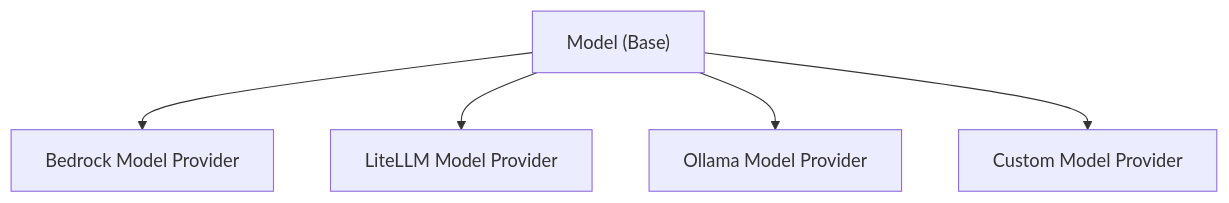
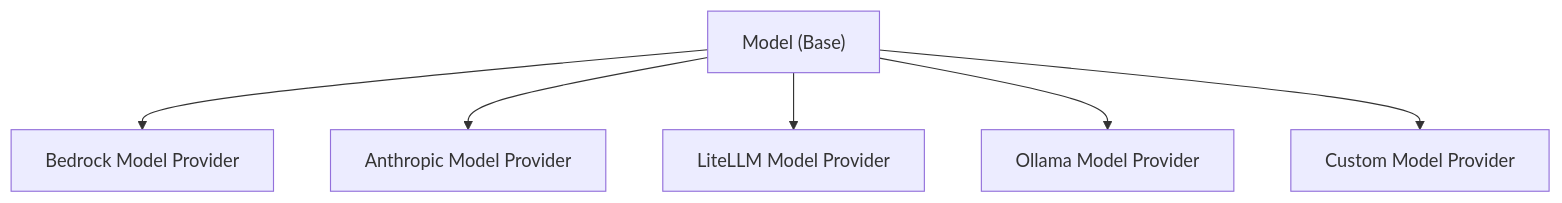
The diagram in docs/user-guide/concepts/model-providers/custom_model_provider.md (zastrowm/docs), drawn with Mermaid before and after one commit. The commit also changed 4 other files, not shown here.

````diff
--- a/docs/user-guide/concepts/model-providers/custom_model_provider.md
+++ b/docs/user-guide/concepts/model-providers/custom_model_provider.md
@@ -9,7 +9,8 @@
 ```mermaid
 flowchart TD
     Base["Model (Base)"] --> Bedrock["Bedrock Model Provider"]
+    Base --> Anthropic["Anthropic Model Provider"]
     Base --> LiteLLM["LiteLLM Model Provider"]
     Base --> Ollama["Ollama Model Provider"]
     Base --> Custom["Custom Model Provider"]
 ```
````
